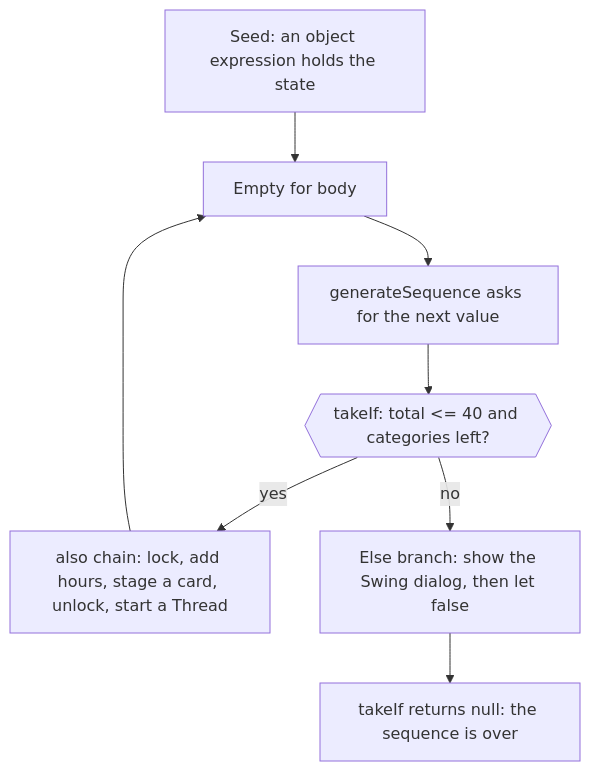
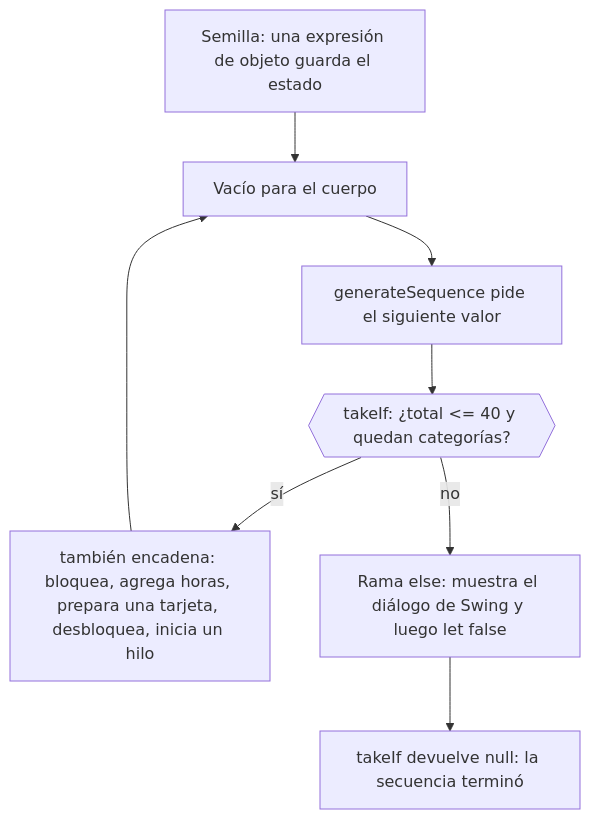
One commit to dullroar/aprende-a-programar-como-un-bicho-raro changed the diagram in src/KotlinChallenge1/README.md. Above: the diagram before and after it, drawn with Mermaid. The commit also changed other lines of this file and 17 other files, not shown here.

````diff
--- a/src/KotlinChallenge1/README.md
+++ b/src/KotlinChallenge1/README.md
@@ -67,12 +67,12 @@
 ```mermaid
 flowchart TD
-    accTitle: KotlinChallenge1: a generated sequence ends when takeIf returns null
-    accDescr: A flowchart. The seed object is the first value of generateSequence. The empty for body runs. The sequence then asks its next function for the next value. takeIf tests whether the total is 40 or less and a category remains. If so, a chain of also calls locks, adds hours, stages a card, unlocks and starts a thread, and the same object is the next value, so the body runs again. If not, the else branch shows a Swing dialog built from Spring XML and ends with let false, so takeIf returns null and the sequence, and the for, end.
-    A["Seed: an object expression holds the state"] --> B["Empty for body"]
-    B --> C["generateSequence asks for the next value"]
-    C --> D{{"takeIf: total <= 40 and categories left?"}}
-    D -->|yes| E["also chain: lock, add hours, stage a card, unlock, start a Thread"]
+    accTitle: KotlinChallenge1: una secuencia generada termina cuando takeIf devuelve null
+    accDescr: Un diagrama de flujo. El objeto semilla es el primer valor de generateSequence. El cuerpo vacío del for se ejecuta. Luego la secuencia pide el siguiente valor a su función siguiente. takeIf comprueba si el total no pasa de 40 y si queda una categoría. Si es así, una cadena de llamadas a also bloquea, suma horas, prepara una tarjeta, desbloquea e inicia un hilo, y el mismo objeto es el siguiente valor, así que el cuerpo se ejecuta otra vez. Si no, la rama else muestra un diálogo de Swing construido con XML de Spring y termina con let false, así que takeIf devuelve null y la secuencia y el for terminan.
+    A["Semilla: una expresión de objeto guarda el estado"] --> B["Vacío para el cuerpo"]
+    B --> C["generateSequence pide el siguiente valor"]
+    C --> D{{"takeIf: ¿total <= 40 y quedan categorías?"}}
+    D -->|sí| E["también encadena: bloquea, agrega horas, prepara una tarjeta, desbloquea, inicia un hilo"]
     E --> B
-    D -->|no| F["Else branch: show the Swing dialog, then let false"]
-    F --> G["takeIf returns null: the sequence is over"]
+    D -->|no| F["Rama else: muestra el diálogo de Swing y luego let false"]
+    F --> G["takeIf devuelve null: la secuencia terminó"]
 ```
````
